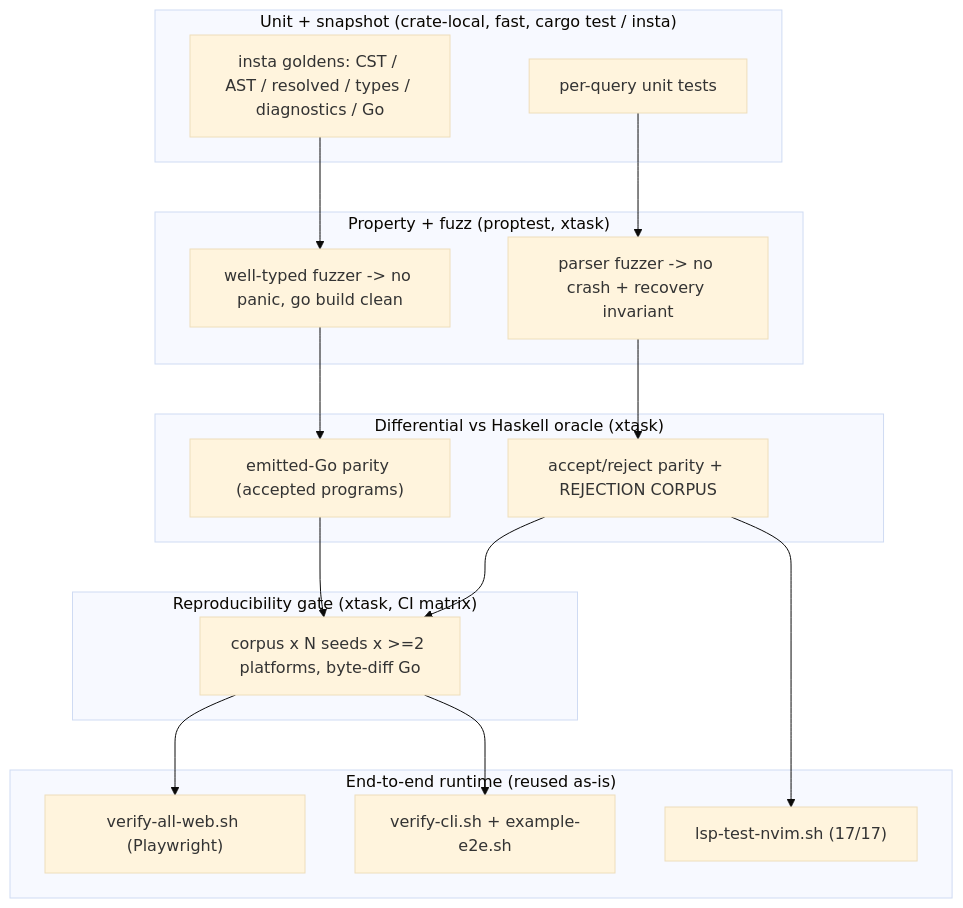
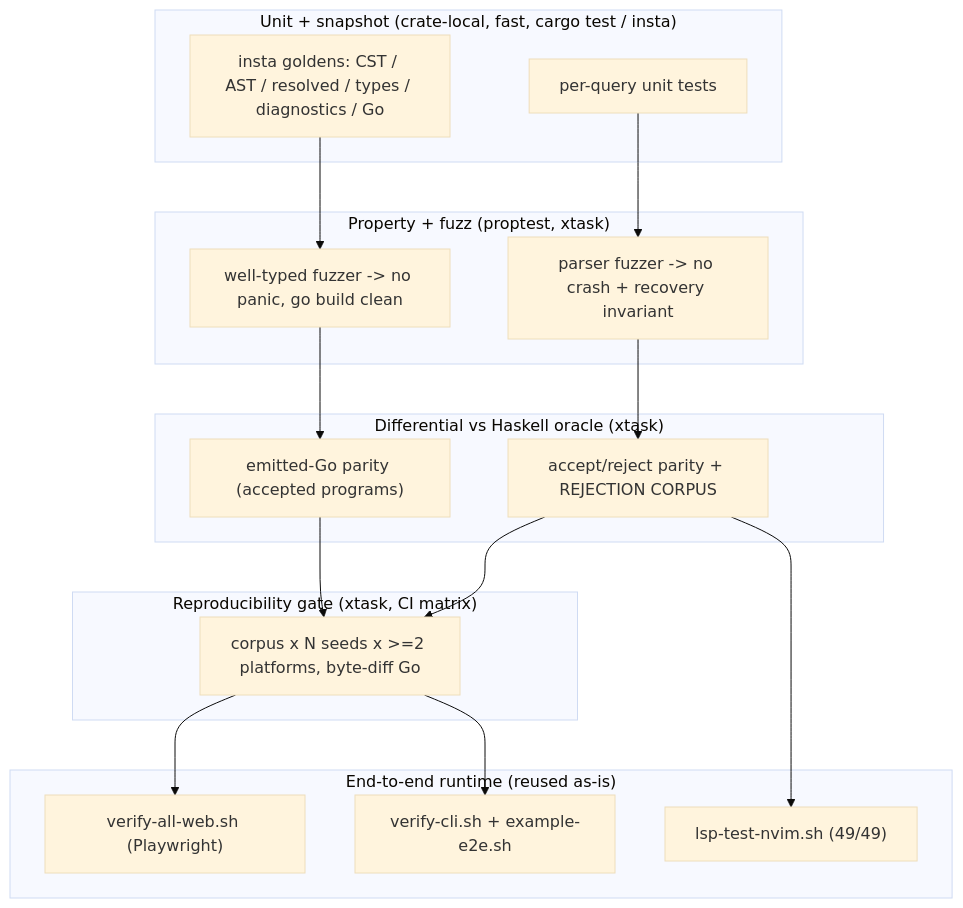
One commit to anzellai/sky changed the first of 2 diagrams in docs/rust-rewrite/11-testing-and-verification.md. Above: the diagram before and after it, drawn with Mermaid (base theme). The commit also changed other lines of this file and 12 other files, not shown here.

````diff
--- a/docs/rust-rewrite/11-testing-and-verification.md
+++ b/docs/rust-rewrite/11-testing-and-verification.md
@@ -24,26 +24,26 @@
 ```mermaid
 flowchart TD
     subgraph T0["Unit + snapshot (crate-local, fast, cargo test / insta)"]
       SNAP["insta goldens: CST / AST / resolved / types / diagnostics / Go"]
       UNIT["per-query unit tests"]
     end
     subgraph T1["Property + fuzz (proptest, xtask)"]
       WTF["well-typed fuzzer -> no panic, go build clean"]
       PF["parser fuzzer -> no crash + recovery invariant"]
     end
     subgraph T2["Differential vs Haskell oracle (xtask)"]
       GO["emitted-Go parity (accepted programs)"]
       AR["accept/reject parity + REJECTION CORPUS"]
     end
     subgraph T3["Reproducibility gate (xtask, CI matrix)"]
       REPRO["corpus x N seeds x >=2 platforms, byte-diff Go"]
     end
     subgraph T4["End-to-end runtime (reused as-is)"]
       WEB["verify-all-web.sh (Playwright)"]
       CLI["verify-cli.sh + example-e2e.sh"]
-      LSP["lsp-test-nvim.sh (17/17)"]
+      LSP["lsp-test-nvim.sh (49/49)"]
     end
     SNAP --> WTF --> GO --> REPRO --> WEB
     UNIT --> PF --> AR --> REPRO --> CLI
     AR --> LSP
 ```
````
